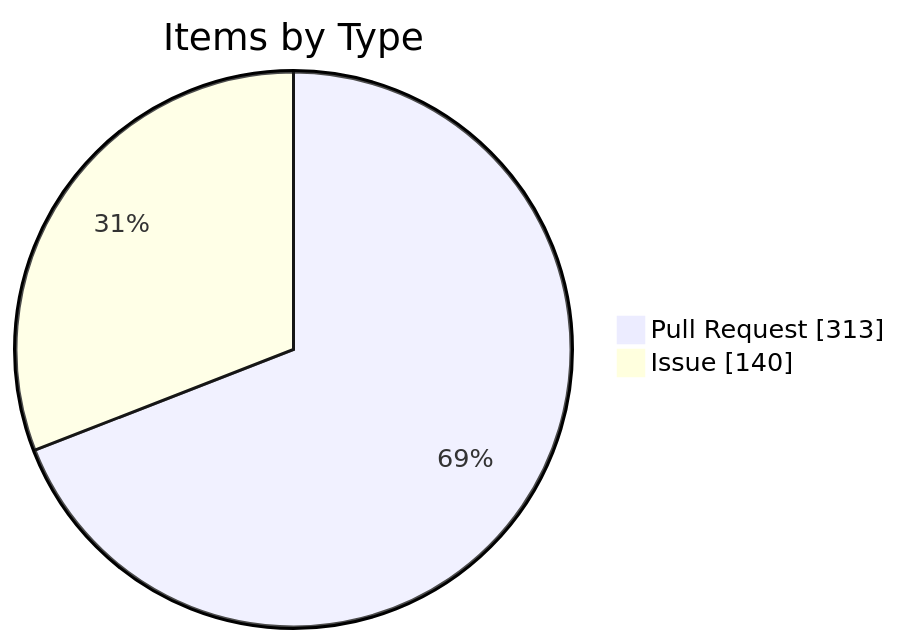
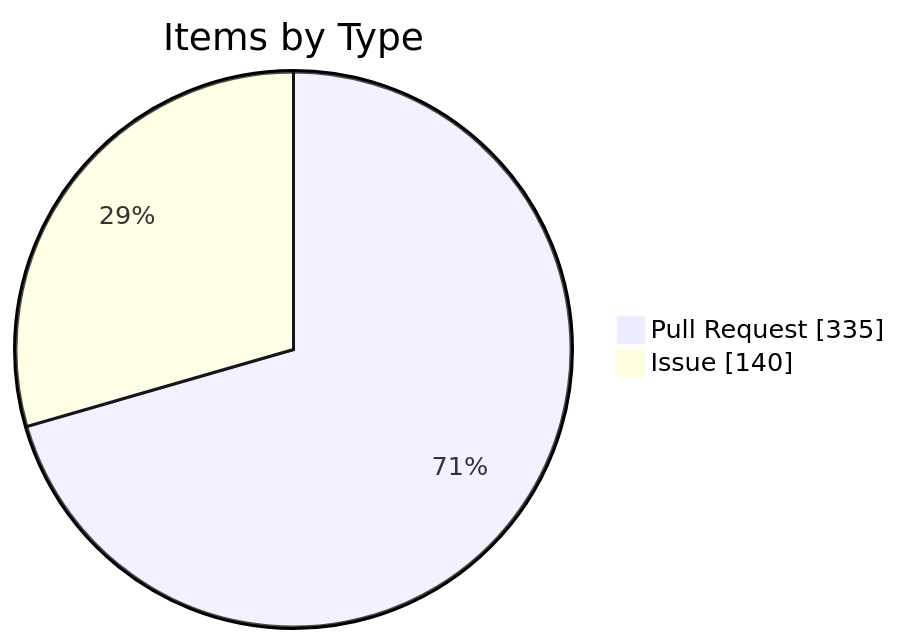
The fourth of 4 diagrams in apps/kbve/astro-kbve/src/content/docs/dashboard/kanban-data.mdx (KBVE/kbve), drawn with Mermaid before and after one commit. The commit also changed other lines of this file and 2 other files, not shown here.

````diff
--- a/apps/kbve/astro-kbve/src/content/docs/dashboard/kanban-data.mdx
+++ b/apps/kbve/astro-kbve/src/content/docs/dashboard/kanban-data.mdx
@@ -246,6 +246,6 @@
 ```mermaid
 pie showData
     title Items by Type
-    "Pull Request" : 313
+    "Pull Request" : 335
     "Issue" : 140
 ```
````
